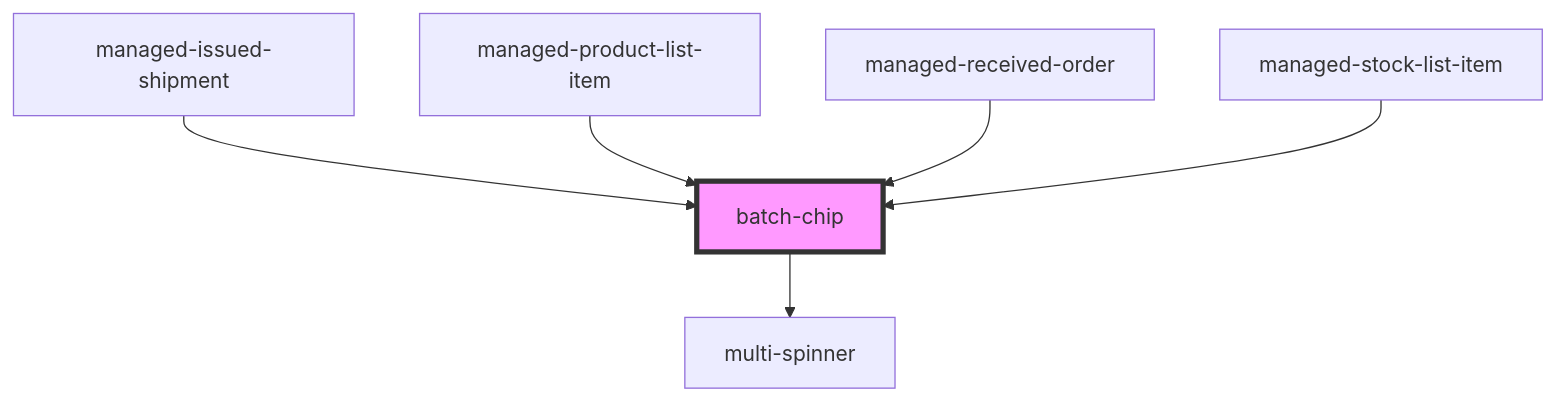
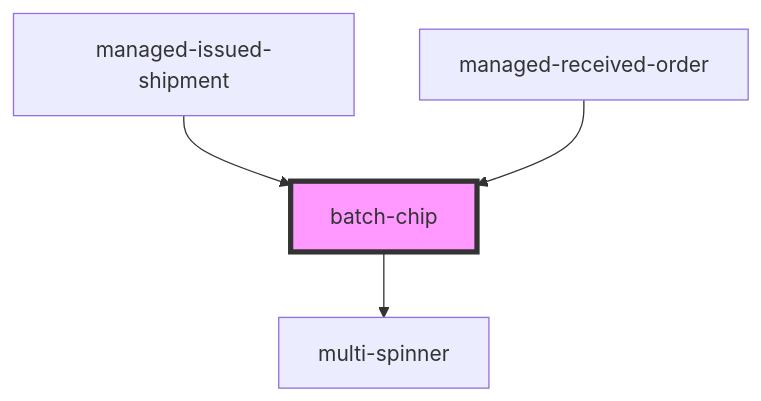
Before and after one commit to PharmaLedger-IMI/fgt-workspace: the diagram in pdm-web-components/src/components/batch-chip/readme.md, drawn with Mermaid. The commit also changed other lines of this file and 26 other files, not shown here.

````diff
--- a/pdm-web-components/src/components/batch-chip/readme.md
+++ b/pdm-web-components/src/components/batch-chip/readme.md
@@ -33,9 +31,7 @@
 ```mermaid
 graph TD;
   batch-chip --> multi-spinner
   managed-issued-shipment --> batch-chip
-  managed-product-list-item --> batch-chip
   managed-received-order --> batch-chip
-  managed-stock-list-item --> batch-chip
   style batch-chip fill:#f9f,stroke:#333,stroke-width:4px
 ```
````
